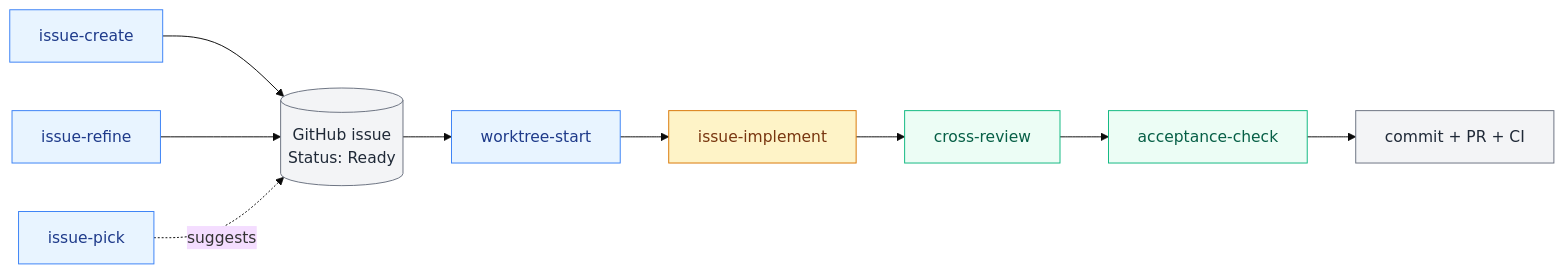
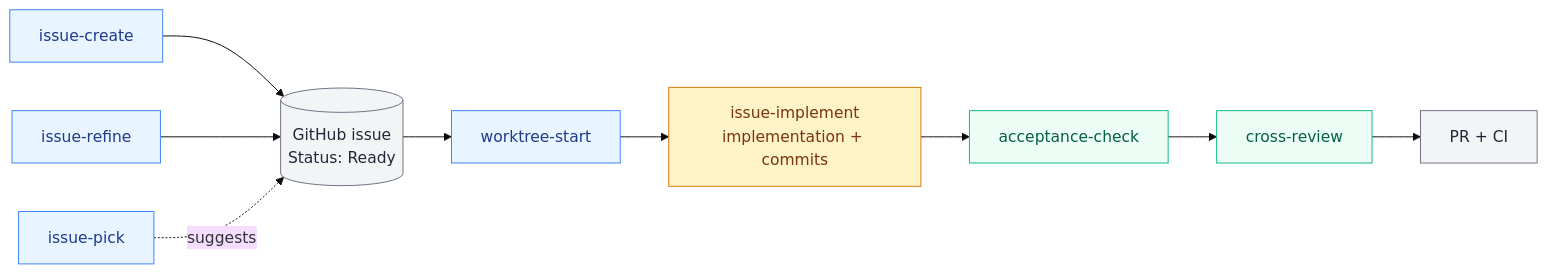
Before and after one commit to hirokisakabe/issuekit: the diagram in README.md, drawn with Mermaid (base theme). The commit also changed other lines of this file and 5 other files, not shown here.

First line of the commit message:
docs: cross-review 指摘反映 — 周辺ドキュメントを新順序に追従

````diff
--- a/README.md
+++ b/README.md
@@ -88,21 +88,21 @@
 ```mermaid
 flowchart LR
     A[issue-create] --> I[(GitHub issue<br/>Status: Ready)]
     R[issue-refine] --> I
     P[issue-pick] -. suggests .-> I
     I --> W[worktree-start]
-    W --> IMPL[issue-implement]
-    IMPL --> CR[cross-review]
-    CR --> AC[acceptance-check]
-    AC --> C[commit + PR + CI]
+    W --> IMPL[issue-implement<br/>implementation + commits]
+    IMPL --> AC[acceptance-check]
+    AC --> CR[cross-review]
+    CR --> C[PR + CI]
 
     classDef entry fill:#e8f4ff,stroke:#3b82f6,color:#1e3a8a
     classDef orch  fill:#fef3c7,stroke:#d97706,color:#78350f
     classDef ver   fill:#ecfdf5,stroke:#10b981,color:#065f46
     classDef out   fill:#f3f4f6,stroke:#6b7280,color:#1f2937
 
     class A,R,P,W entry
     class IMPL orch
     class CR,AC ver
     class I,C out
 ```
````
